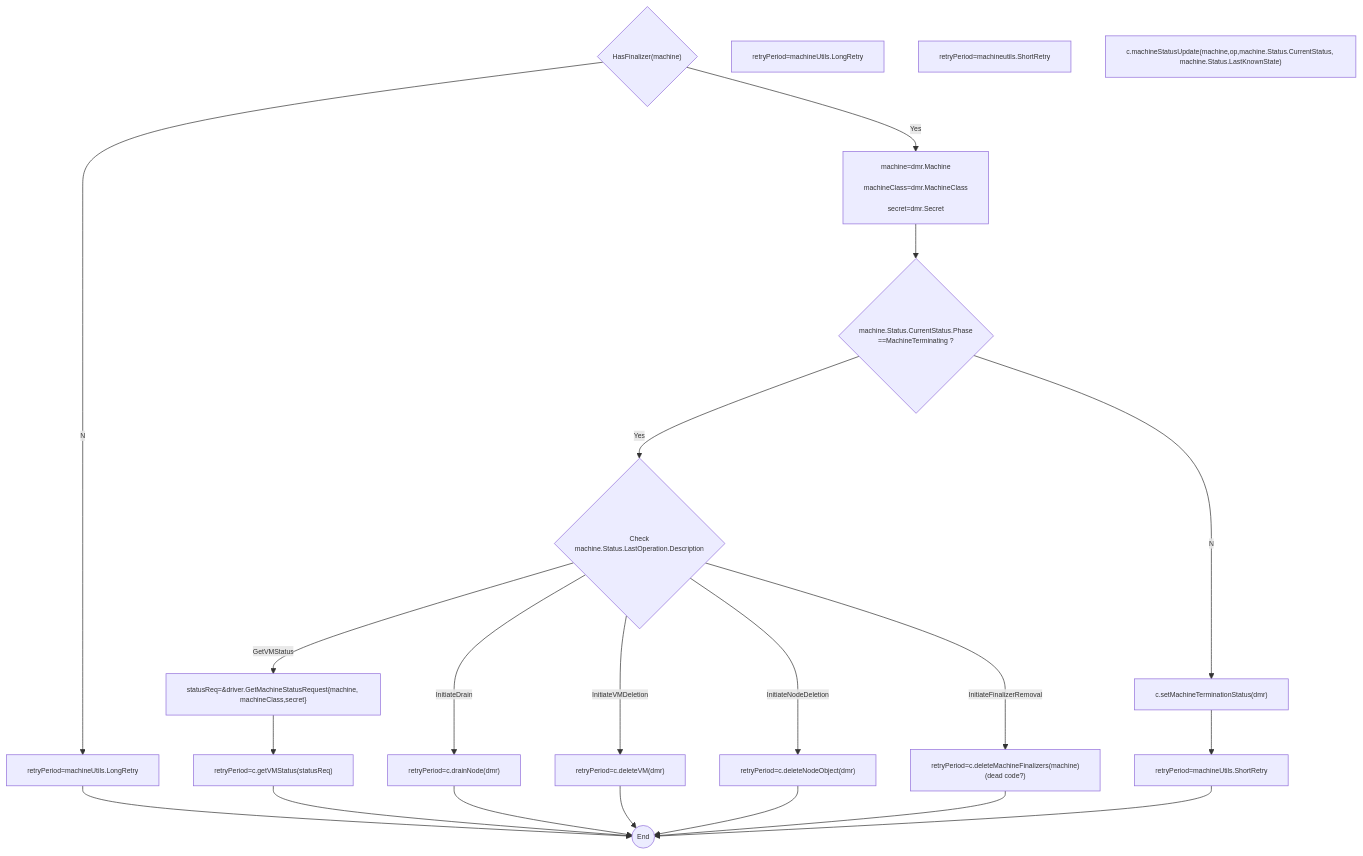
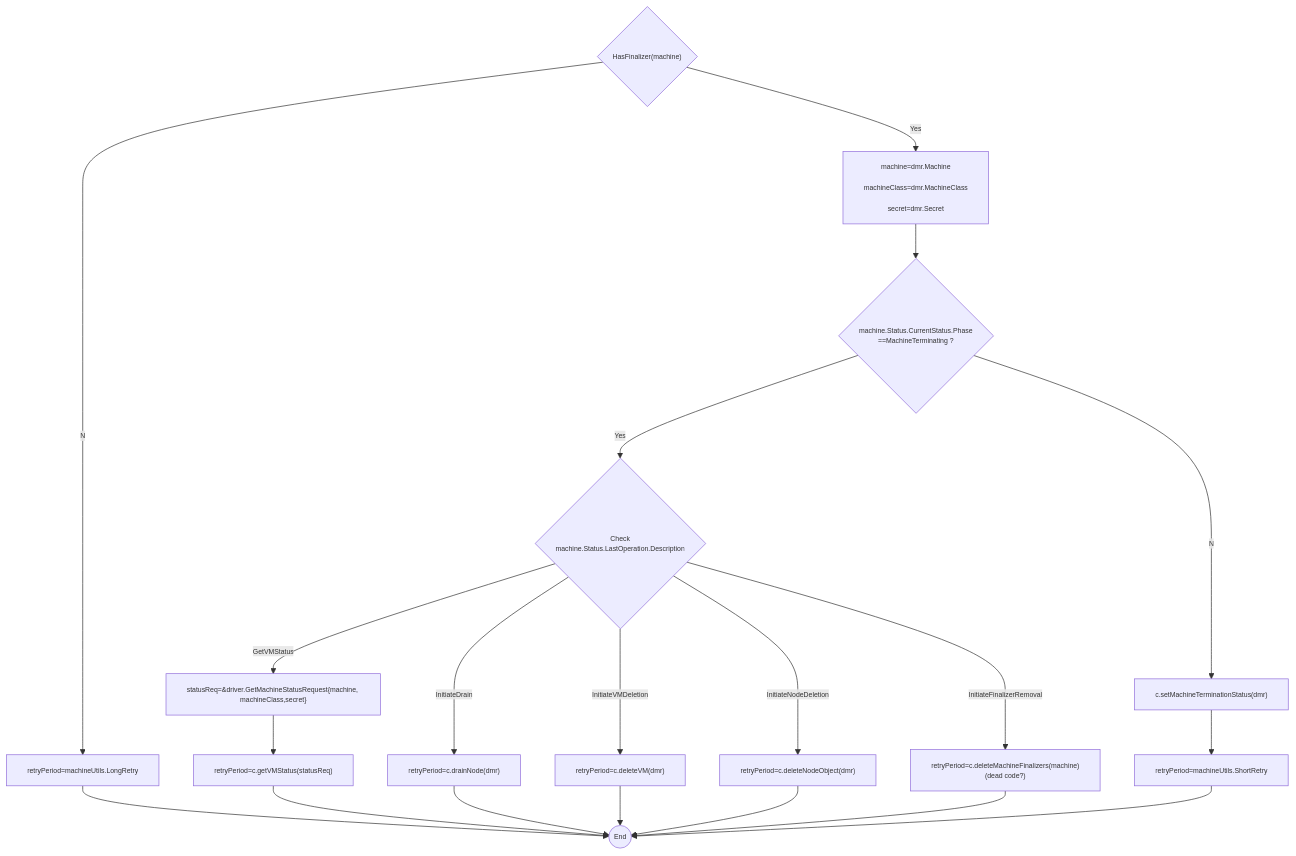
Before and after one commit to elankath/mcmdesign: the second of 3 diagrams in src/cluster_machine_reconcile.md, drawn with Mermaid. The commit also changed other lines of this file and 4 other files, not shown here.

````diff
--- a/src/cluster_machine_reconcile.md
+++ b/src/cluster_machine_reconcile.md
@@ -74,52 +74,48 @@
 ```mermaid
 %%{init: {'themeVariables': { 'fontSize': '10px'}, "flowchart": {"useMaxWidth": false }}}%%
 flowchart TD
 
 GM["machine=dmr.Machine\n
 machineClass=dmr.MachineClass\n
 secret=dmr.Secret"]
 HasFin{"HasFinalizer(machine)"}
 LongR["retryPeriod=machineUtils.LongRetry"]
-LongR1["retryPeriod=machineUtils.LongRetry"]
 ShortR["retryPeriod=machineUtils.ShortRetry"]
 ChkMachineTerm{"machine.Status.CurrentStatus.Phase\n==MachineTerminating ?"}
 CheckMachineOperation{"Check\nmachine.Status.LastOperation.Description"}
 DrainNode["retryPeriod=c.drainNode(dmr)"]
 DeleteVM["retryPeriod=c.deleteVM(dmr)"]
 DeleteNode["retryPeriod=c.deleteNodeObject(dmr)"]
 DeleteMachineFin["retryPeriod=c.deleteMachineFinalizers(machine)\n(dead code?)"]
 SetMachineTermStatus["c.setMachineTerminationStatus(dmr)"]
 
 CreateMachineStatusRequest["statusReq=&driver.GetMachineStatusRequest{machine, machineClass,secret}"]
 GetVMStatus["retryPeriod=c.getVMStatus(statusReq)"]
 
 
-
-ShortR1["retryPeriod=machineutils.ShortRetry"]
-MachineStatusUpdate["c.machineStatusUpdate(machine,op,machine.Status.CurrentStatus, machine.Status.LastKnownState)"]
 
 Z(("End"))
 
 HasFin--Yes-->GM
 HasFin--No-->LongR
 LongR-->Z
 GM-->ChkMachineTerm
 ChkMachineTerm--No-->SetMachineTermStatus
 ChkMachineTerm--Yes-->CheckMachineOperation
 SetMachineTermStatus-->ShortR
 CheckMachineOperation--GetVMStatus-->CreateMachineStatusRequest
 CheckMachineOperation--InitiateDrain-->DrainNode
 CheckMachineOperation--InitiateVMDeletion-->DeleteVM
 CheckMachineOperation--InitiateNodeDeletion-->DeleteNode
 CheckMachineOperation--InitiateFinalizerRemoval-->DeleteMachineFin
 CreateMachineStatusRequest-->GetVMStatus
 GetVMStatus-->Z
 
 
 DrainNode-->Z
 DeleteVM-->Z
 DeleteNode-->Z
 DeleteMachineFin-->Z
 ShortR-->Z
 
 ```
````
